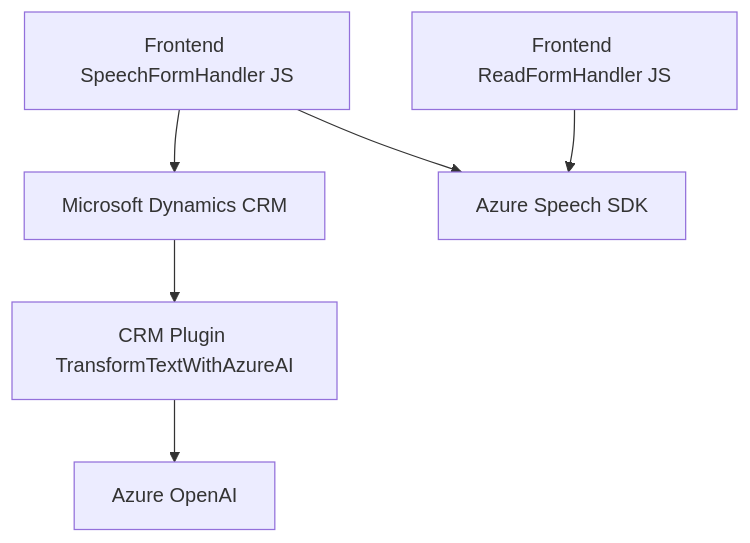
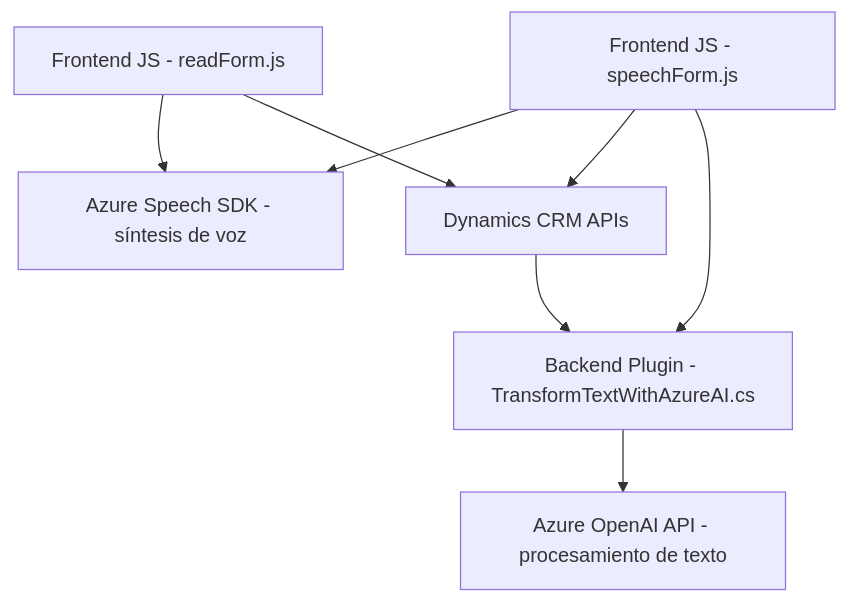
One commit to blopezdm/NETCORE_BILBAO2025 changed the diagram in README.md. Above: the diagram before and after it, drawn with Mermaid. The commit also changed other lines of this file, not shown here.

````diff
--- a/README.md
+++ b/README.md
@@ -38,15 +29,10 @@
 ```mermaid
 graph TD
-  SpeechFormHandler["Frontend SpeechFormHandler JS"]
-  ReadFormHandler["Frontend ReadFormHandler JS"]
-  CRMDynamics["Microsoft Dynamics CRM"]
-  AzureSpeechSDK["Azure Speech SDK"]
-  AzureOpenAI["Azure OpenAI"]
-  Plugins["CRM Plugin TransformTextWithAzureAI"]
-
-  SpeechFormHandler --> AzureSpeechSDK
-  SpeechFormHandler --> CRMDynamics
-  ReadFormHandler --> AzureSpeechSDK
-  CRMDynamics --> Plugins
-  Plugins --> AzureOpenAI
+    A["Frontend JS - readForm.js"] --> B["Azure Speech SDK - síntesis de voz"]
+    C["Frontend JS - speechForm.js"] --> B
+    C --> D["Dynamics CRM APIs"]
+    A --> D
+    E["Backend Plugin - TransformTextWithAzureAI.cs"] --> F["Azure OpenAI API - procesamiento de texto"]
+    C --> E
+    D --> E
 ```
````
